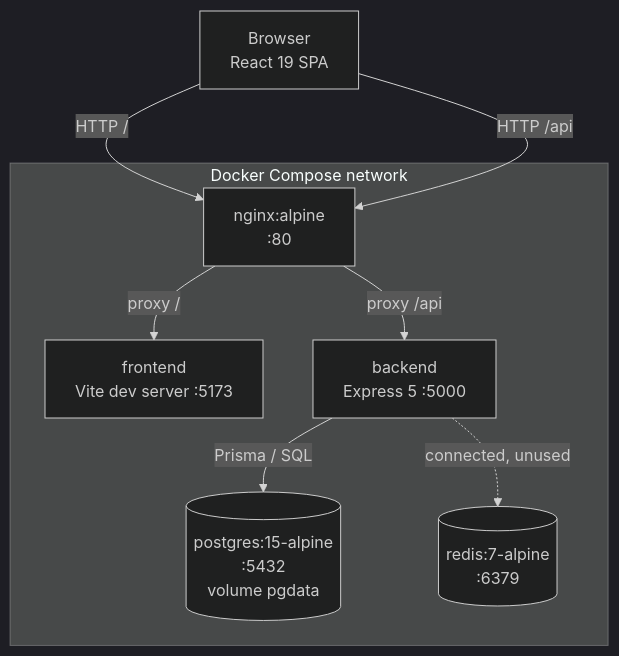
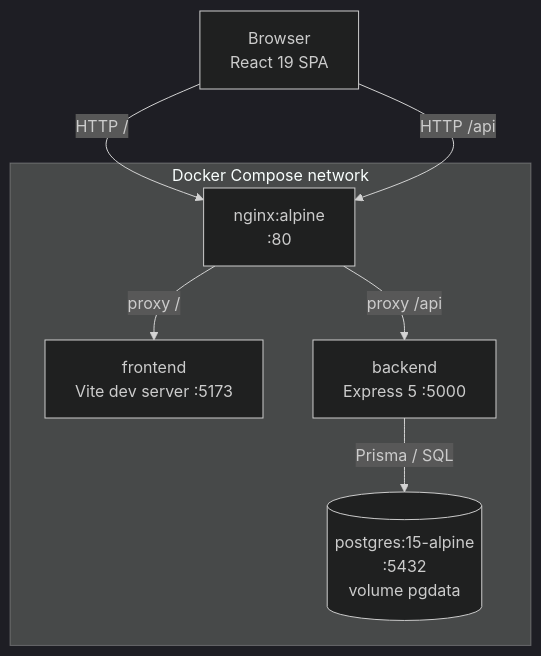
The second of 4 diagrams in docs/02-architecture.md (adarsh0707-kumar/medical-billing), drawn with Mermaid (dark theme) before and after one commit. The commit also changed other lines of this file and 10 other files, not shown here.

````diff
--- a/docs/02-architecture.md
+++ b/docs/02-architecture.md
@@ -47,19 +47,17 @@
 ```mermaid
 graph TB
     Browser["Browser<br/>React 19 SPA"]
 
     subgraph Docker["Docker Compose network"]
         Nginx["nginx:alpine<br/>:80"]
         FE["frontend<br/>Vite dev server :5173"]
         BE["backend<br/>Express 5 :5000"]
         PG[("postgres:15-alpine<br/>:5432<br/>volume pgdata")]
-        RD[("redis:7-alpine<br/>:6379")]
     end
 
     Browser -->|"HTTP /"| Nginx
     Browser -->|"HTTP /api"| Nginx
     Nginx -->|"proxy /"| FE
     Nginx -->|"proxy /api"| BE
     BE -->|"Prisma / SQL"| PG
-    BE -.->|"connected, unused"| RD
 ```
````
